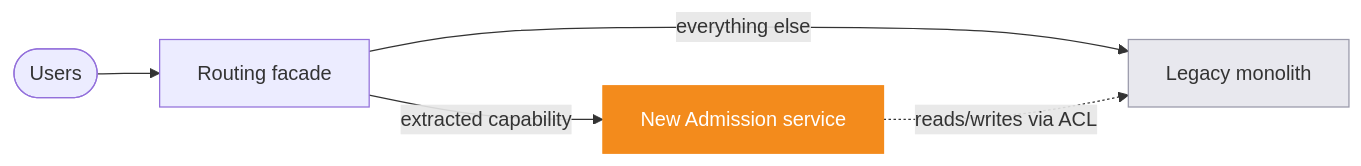
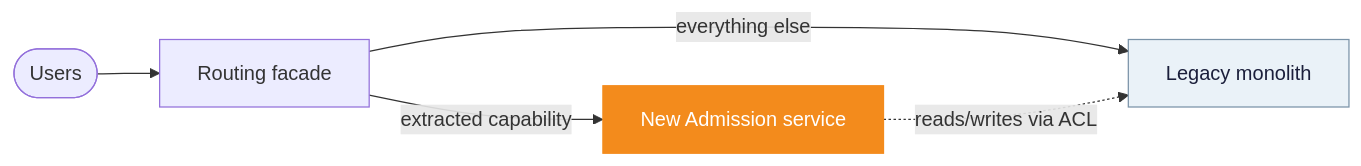
Before and after one commit to oleksiyp/arch-book: the ninth of 22 diagrams in README.md, drawn with Mermaid. The commit also changed other lines of this file and 2 other files, not shown here.

First line of the commit message:
Mermaid theme overhaul + gradient slash aligned with title

```diff
--- a/README.md
+++ b/README.md
@@ -673,11 +673,11 @@
 <pre class="mermaid">
 flowchart LR
     users([Users]) --> proxy["Routing facade"]
     proxy -- "extracted capability" --> new["New Admission service"]
     proxy -- "everything else" --> old["Legacy monolith"]
     new -. "reads/writes via ACL" .-> old
     classDef new fill:#f38b1c,stroke:#f38b1c,color:#fff
-    classDef old fill:#e8e8ee,stroke:#99a,color:#333
+    classDef old fill:#eaf2f8,stroke:#7a93a8,color:#1b1f3b
     class new new
     class old old
 </pre>
```
